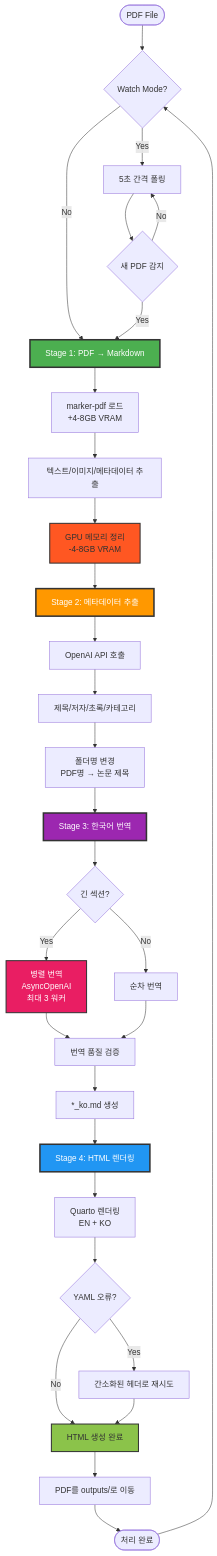
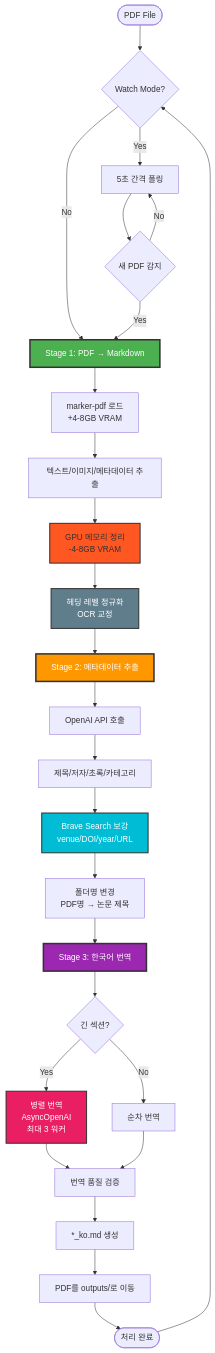
The second of 6 diagrams in README.md (restful3/paperflow), drawn with Mermaid before and after one commit. The commit also changed other lines of this file and 3 other files, not shown here.

````diff
--- a/README.md
+++ b/README.md
@@ -83,47 +81,43 @@
 ```mermaid
 flowchart TD
     Start([PDF File]) --> Watch{Watch Mode?}
     Watch -->|Yes| Poll[5초 간격 폴링]
     Watch -->|No| Stage1
     Poll --> Detect{새 PDF 감지}
     Detect -->|Yes| Stage1
     Detect -->|No| Poll
 
     Stage1[Stage 1: PDF → Markdown]
     Stage1 --> GPU1[marker-pdf 로드<br/>+4-8GB VRAM]
     GPU1 --> Extract[텍스트/이미지/메타데이터 추출]
     Extract --> Cleanup1[GPU 메모리 정리<br/>-4-8GB VRAM]
 
-    Cleanup1 --> Stage2[Stage 2: 메타데이터 추출]
+    Cleanup1 --> Normalize[헤딩 레벨 정규화<br/>OCR 교정]
+
+    Normalize --> Stage2[Stage 2: 메타데이터 추출]
     Stage2 --> AI1[OpenAI API 호출]
     AI1 --> Meta[제목/저자/초록/카테고리]
-    Meta --> Rename[폴더명 변경<br/>PDF명 → 논문 제목]
+    Meta --> WebSearch[Brave Search 보강<br/>venue/DOI/year/URL]
+    WebSearch --> Rename[폴더명 변경<br/>PDF명 → 논문 제목]
 
     Rename --> Stage3[Stage 3: 한국어 번역]
     Stage3 --> Parallel{긴 섹션?}
     Parallel -->|Yes| AsyncAPI[병렬 번역<br/>AsyncOpenAI<br/>최대 3 워커]
     Parallel -->|No| SeqAPI[순차 번역]
     AsyncAPI --> Verify[번역 품질 검증]
     SeqAPI --> Verify
     Verify --> KoreanMD[*_ko.md 생성]
 
-    KoreanMD --> Stage4[Stage 4: HTML 렌더링]
-    Stage4 --> Quarto[Quarto 렌더링<br/>EN + KO]
-    Quarto --> Fallback{YAML 오류?}
-    Fallback -->|Yes| Retry[간소화된 헤더로 재시도]
-    Fallback -->|No| Success
-    Retry --> Success[HTML 생성 완료]
-
-    Success --> Move[PDF를 outputs/로 이동]
+    KoreanMD --> Move[PDF를 outputs/로 이동]
     Move --> End([처리 완료])
 
     End --> Watch
 
     style Stage1 fill:#4CAF50,stroke:#333,stroke-width:3px,color:#fff
     style Stage2 fill:#FF9800,stroke:#333,stroke-width:3px,color:#fff
     style Stage3 fill:#9C27B0,stroke:#333,stroke-width:3px,color:#fff
-    style Stage4 fill:#2196F3,stroke:#333,stroke-width:3px,color:#fff
+    style WebSearch fill:#00BCD4,stroke:#333,stroke-width:2px,color:#fff
+    style Normalize fill:#607D8B,stroke:#333,stroke-width:2px,color:#fff
     style AsyncAPI fill:#E91E63,stroke:#333,stroke-width:2px,color:#fff
-    style Success fill:#8BC34A,stroke:#333,stroke-width:2px
     style Cleanup1 fill:#FF5722,stroke:#333,stroke-width:2px
 ```
````
